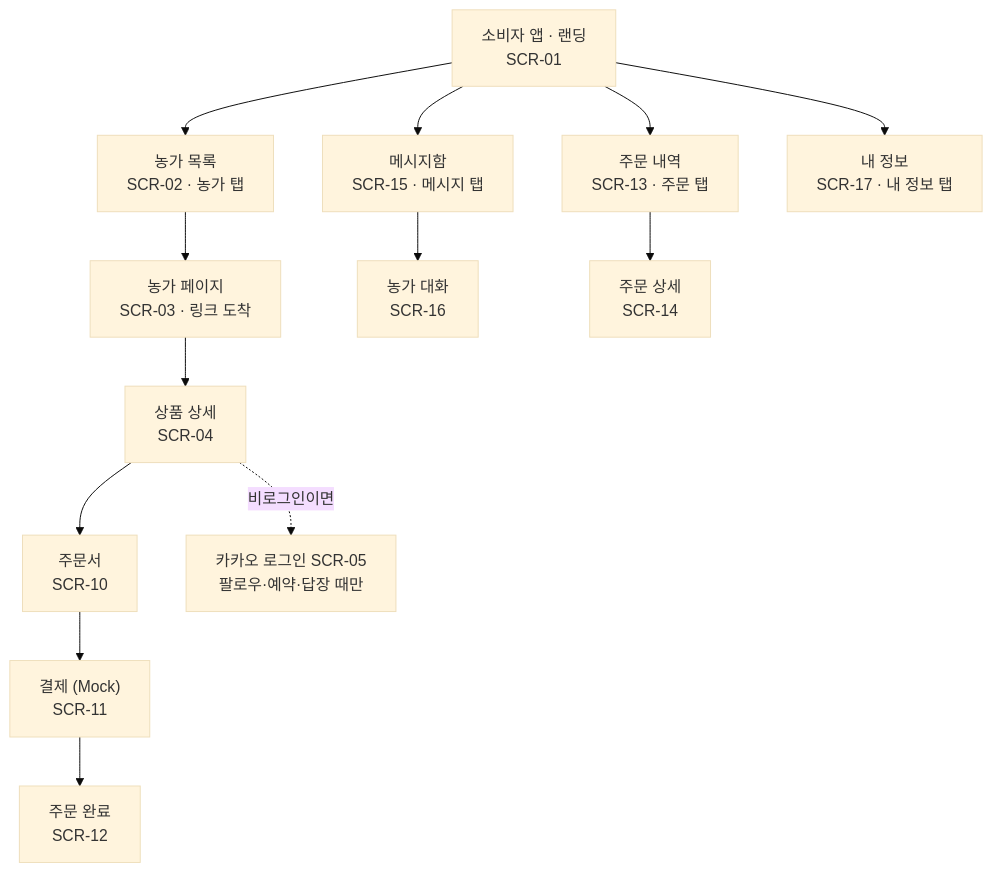
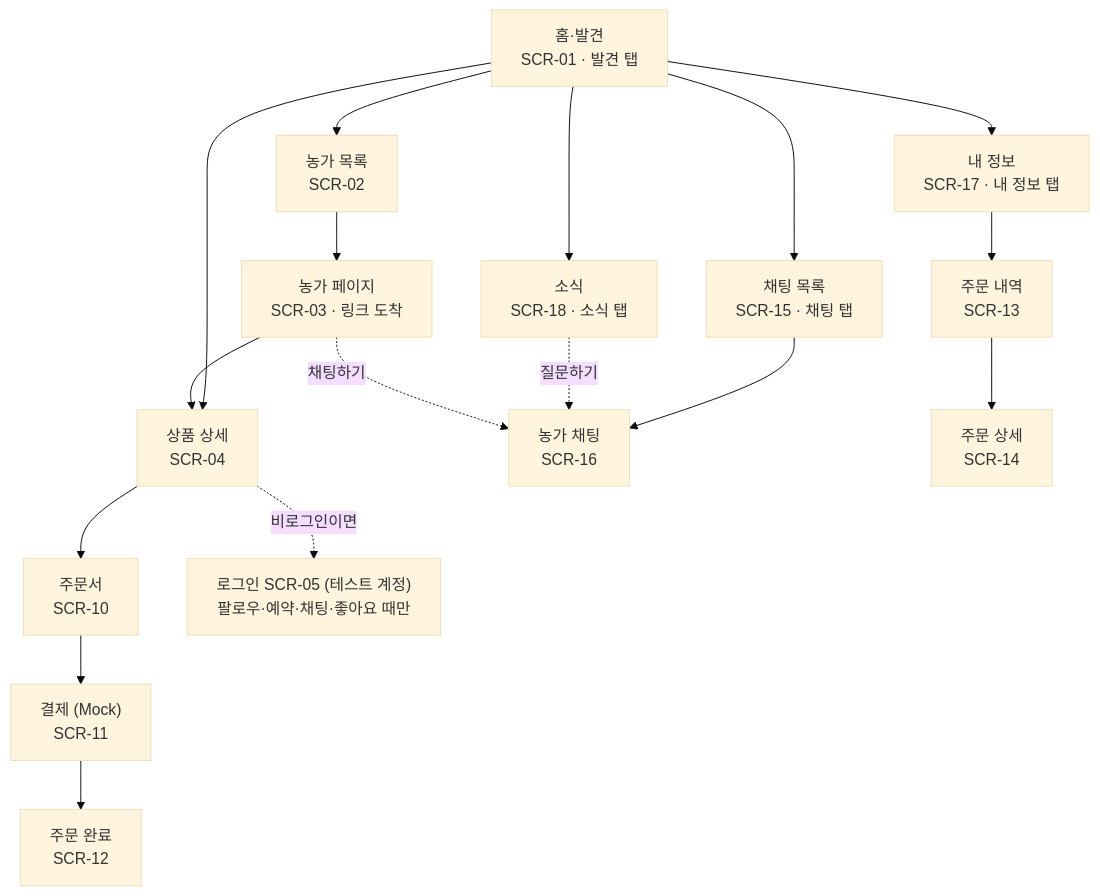
One commit to snuhcs-course/swpp-2026-project-team-06 changed the first of 4 diagrams in docs/spec/ia.md. Above: the diagram before and after it, drawn with Mermaid (base theme). The commit also changed other lines of this file, not shown here.

Commit message:
docs(spec): ia.md — 소비자 탭·홈·소식(SCR-18)·채팅 레이블·Mock 로그인 반영 (SWPP-26)

````diff
--- a/docs/spec/ia.md
+++ b/docs/spec/ia.md
@@ -21,16 +21,20 @@
 ```mermaid
 flowchart TD
-  root["소비자 앱 · 랜딩<br/>SCR-01"]
-  root --> farms["농가 목록<br/>SCR-02 · 농가 탭"]
-  root --> inbox["메시지함<br/>SCR-15 · 메시지 탭"]
-  root --> orders["주문 내역<br/>SCR-13 · 주문 탭"]
-  root --> me["내 정보<br/>SCR-17 · 내 정보 탭"]
+  home["홈·발견<br/>SCR-01 · 발견 탭"]
+  home --> farms["농가 목록<br/>SCR-02"]
+  home --> news["소식<br/>SCR-18 · 소식 탭"]
+  home --> chats["채팅 목록<br/>SCR-15 · 채팅 탭"]
+  home --> me["내 정보<br/>SCR-17 · 내 정보 탭"]
   farms --> farm["농가 페이지<br/>SCR-03 · 링크 도착"]
+  home --> product
   farm --> product["상품 상세<br/>SCR-04"]
   product --> checkout["주문서<br/>SCR-10"]
   checkout --> pay["결제 (Mock)<br/>SCR-11"]
   pay --> done["주문 완료<br/>SCR-12"]
-  inbox --> thread["농가 대화<br/>SCR-16"]
+  chats --> chat["농가 채팅<br/>SCR-16"]
+  news -. 질문하기 .-> chat
+  farm -. 채팅하기 .-> chat
+  me --> orders["주문 내역<br/>SCR-13"]
   orders --> detail["주문 상세<br/>SCR-14"]
-  product -. 비로그인이면 .-> login["카카오 로그인 SCR-05<br/>팔로우·예약·답장 때만"]
+  product -. 비로그인이면 .-> login["로그인 SCR-05 (테스트 계정)<br/>팔로우·예약·채팅·좋아요 때만"]
 ```
````
